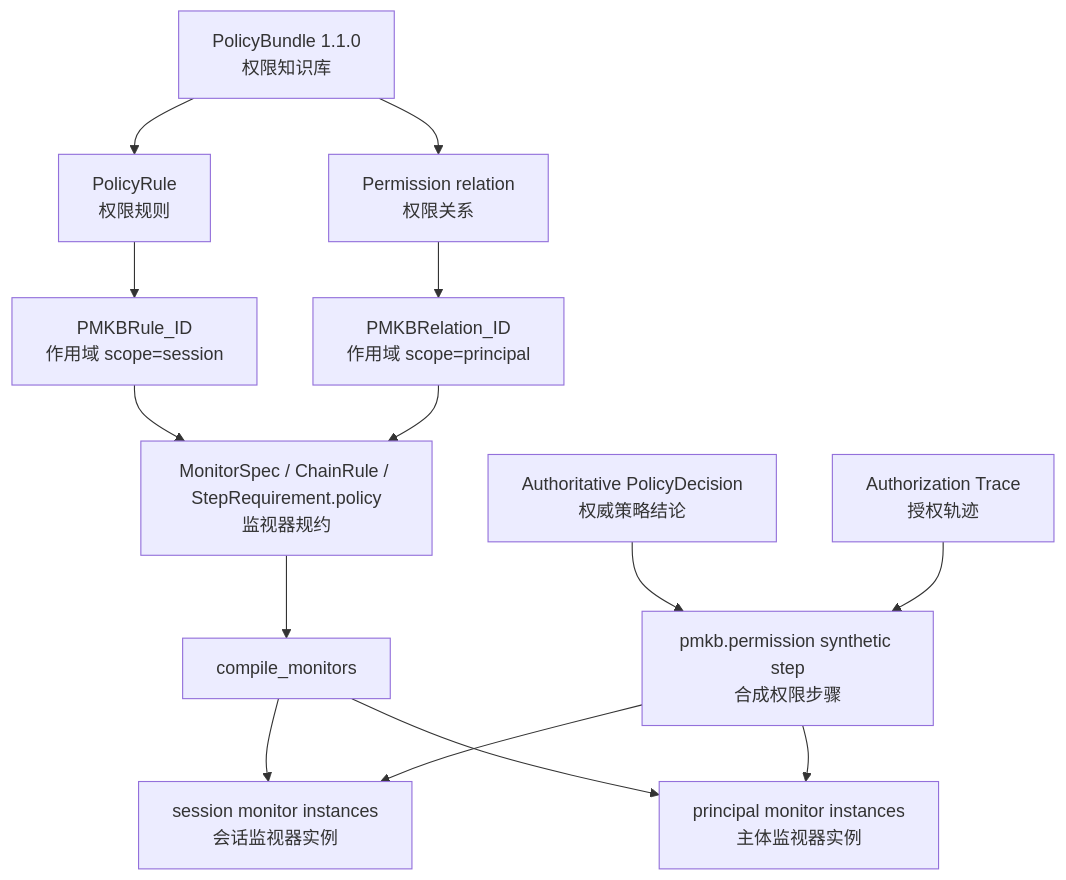
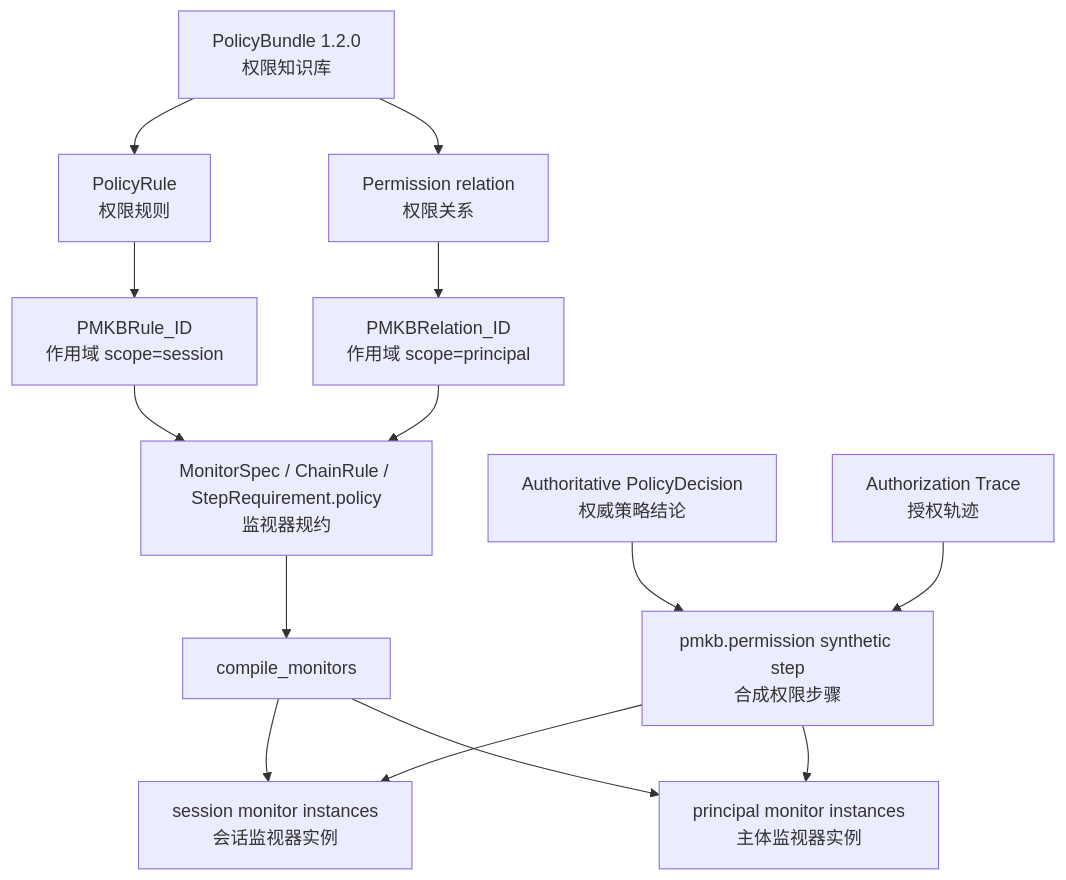
The second of 3 diagrams in docs/architecture/rv-permission-automata.md (HorizonExploration/RVguarder), drawn with Mermaid before and after one commit. The commit also changed other lines of this file and 23 other files, not shown here.

````diff
--- a/docs/architecture/rv-permission-automata.md
+++ b/docs/architecture/rv-permission-automata.md
@@ -59,16 +59,16 @@
 ```mermaid
 flowchart TD
-    K[PolicyBundle 1.1.0<br/>权限知识库] --> R[PolicyRule<br/>权限规则]
+    K[PolicyBundle 1.2.0<br/>权限知识库] --> R[PolicyRule<br/>权限规则]
     K --> X[Permission relation<br/>权限关系]
     R --> RM[PMKBRule_ID<br/>作用域 scope=session]
     X --> XM[PMKBRelation_ID<br/>作用域 scope=principal]
     RM --> DSL[MonitorSpec / ChainRule / StepRequirement.policy<br/>监视器规约]
     XM --> DSL
     DSL --> C[compile_monitors]
     C --> SM[session monitor instances<br/>会话监视器实例]
     C --> PM[principal monitor instances<br/>主体监视器实例]
     PD[Authoritative PolicyDecision<br/>权威策略结论] --> PS[pmkb.permission synthetic step<br/>合成权限步骤]
     AT[Authorization Trace<br/>授权轨迹] --> PS
     PS --> SM
     PS --> PM
 ```
````
